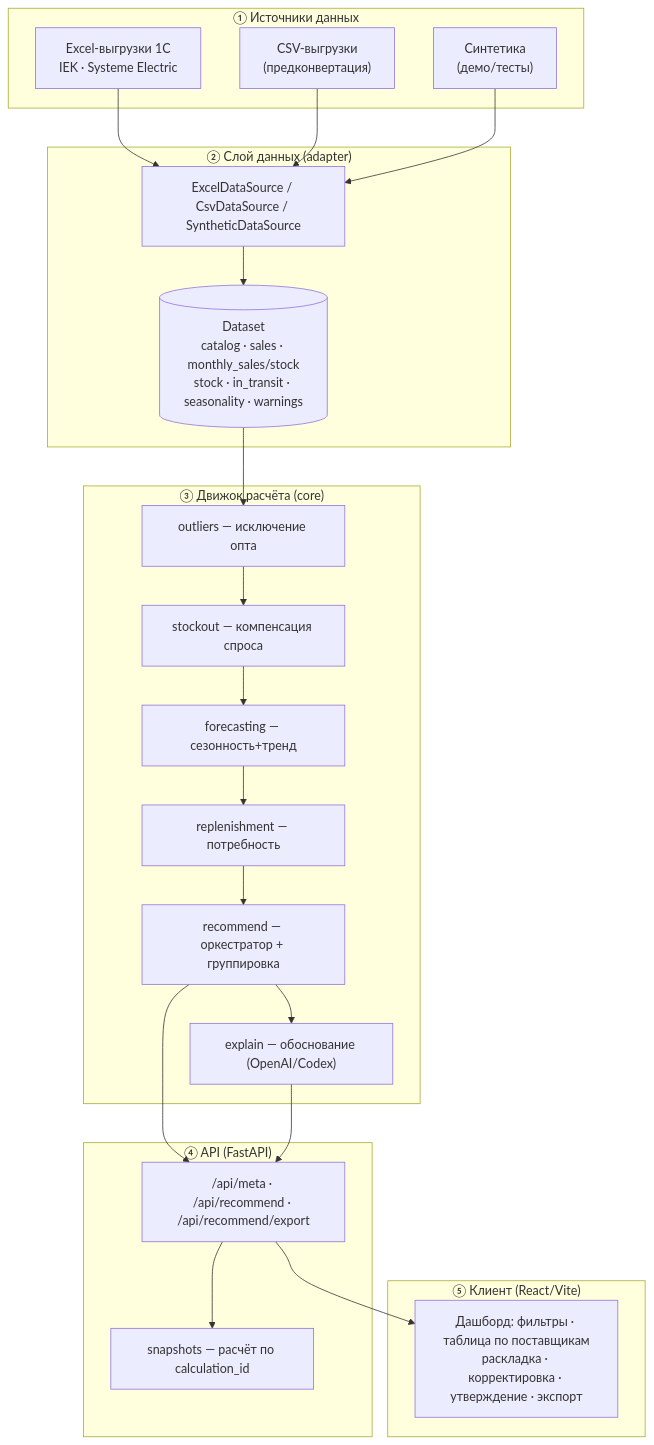
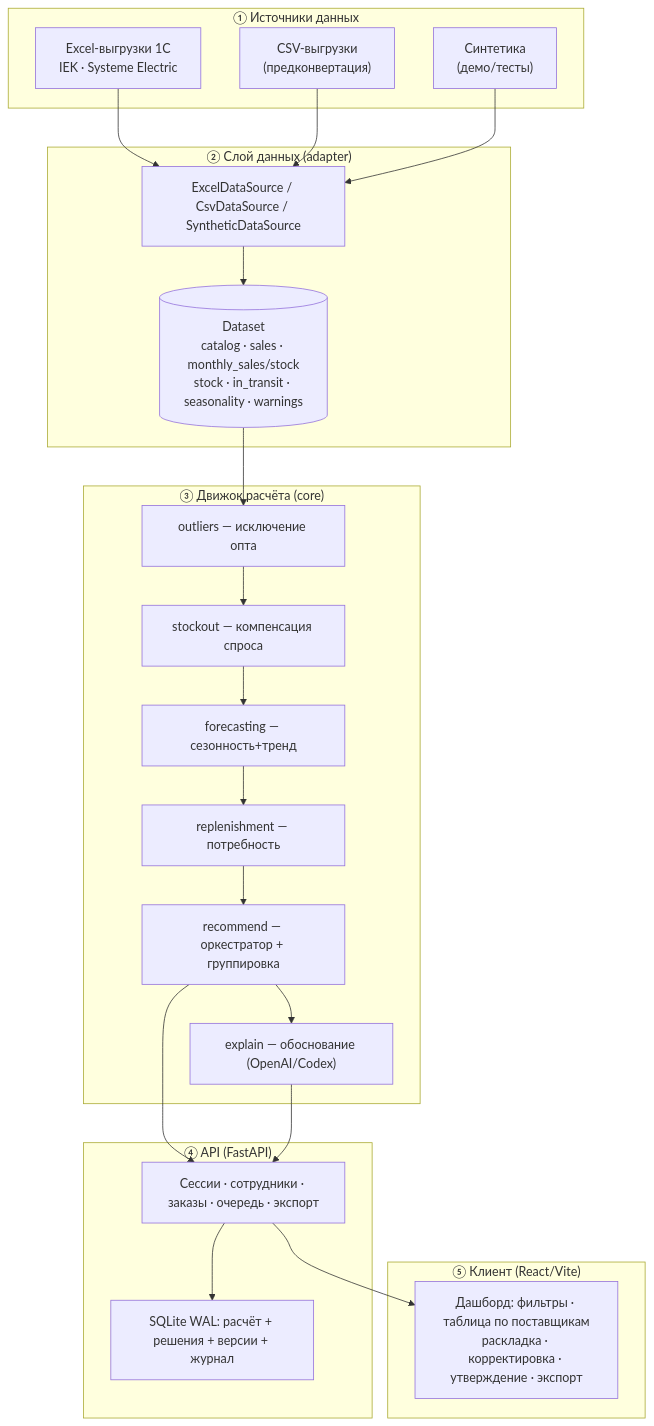
Before and after one commit to BAITC-Hacks/hack-a84ff6d0-hubtech: the first of 5 diagrams in docs/АРХИТЕКТУРА.md, drawn with Mermaid. The commit also changed other lines of this file and 84 other files, not shown here.

````diff
--- a/docs/АРХИТЕКТУРА.md
+++ b/docs/АРХИТЕКТУРА.md
@@ -17,32 +17,32 @@
 ```mermaid
 flowchart TD
     subgraph L1["① Источники данных"]
         E["Excel-выгрузки 1С<br/>IEK · Systeme Electric"]
         C["CSV-выгрузки<br/>(предконвертация)"]
         S["Синтетика<br/>(демо/тесты)"]
     end
     subgraph L2["② Слой данных (adapter)"]
         IMP["ExcelDataSource / CsvDataSource / SyntheticDataSource"]
         DS[("Dataset<br/>catalog · sales · monthly_sales/stock<br/>stock · in_transit · seasonality · warnings")]
     end
     subgraph L3["③ Движок расчёта (core)"]
         O["outliers — исключение опта"]
         K["stockout — компенсация спроса"]
         F["forecasting — сезонность+тренд"]
         R["replenishment — потребность"]
         RC["recommend — оркестратор + группировка"]
         EX["explain — обоснование (OpenAI/Codex)"]
     end
     subgraph L4["④ API (FastAPI)"]
-        API["/api/meta · /api/recommend · /api/recommend/export"]
-        SNP["snapshots — расчёт по calculation_id"]
+        API["Сессии · сотрудники · заказы · очередь · экспорт"]
+        SNP["SQLite WAL: расчёт + решения + версии + журнал"]
     end
     subgraph L5["⑤ Клиент (React/Vite)"]
         UI["Дашборд: фильтры · таблица по поставщикам<br/>раскладка · корректировка · утверждение · экспорт"]
     end
     E & C & S --> IMP --> DS
     DS --> O --> K --> F --> R --> RC --> EX
     RC --> API --> SNP
     API --> UI
     EX --> API
 ```
````
